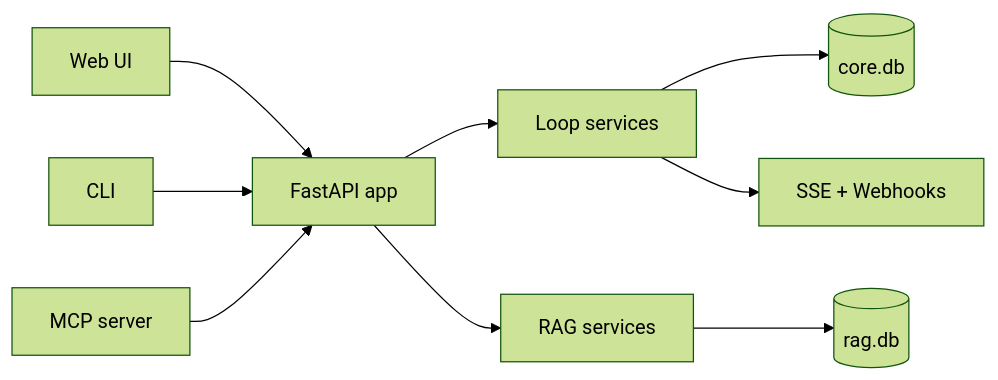
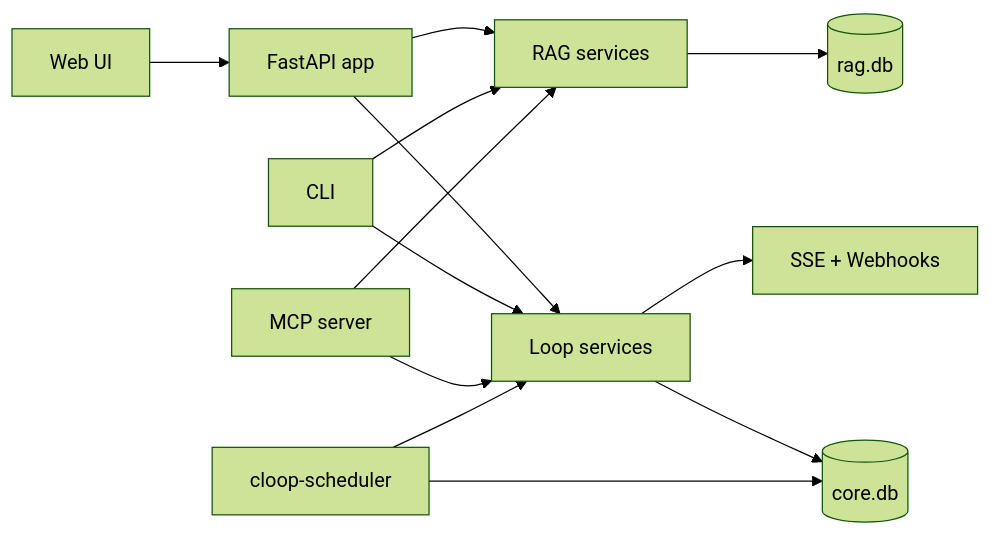
The diagram in README.md (fitchmultz/cloop), drawn with Mermaid (forest theme) before and after one commit. The commit also changed 32 other files, not shown here.

````diff
--- a/README.md
+++ b/README.md
@@ -15,11 +15,15 @@
 ```mermaid
 flowchart LR
   UI[Web UI] --> API[FastAPI app]
-  CLI[CLI] --> API
-  MCP[MCP server] --> API
   API --> LOOPS[Loop services]
   API --> RAG[RAG services]
+  CLI[CLI] --> LOOPS
+  CLI --> RAG
+  MCP[MCP server] --> LOOPS
+  MCP --> RAG
   LOOPS --> CORE[(core.db)]
   RAG --> RAGDB[(rag.db)]
   LOOPS --> EVENTS[SSE + Webhooks]
+  SCHED[cloop-scheduler] --> LOOPS
+  SCHED --> CORE
 ```
````
